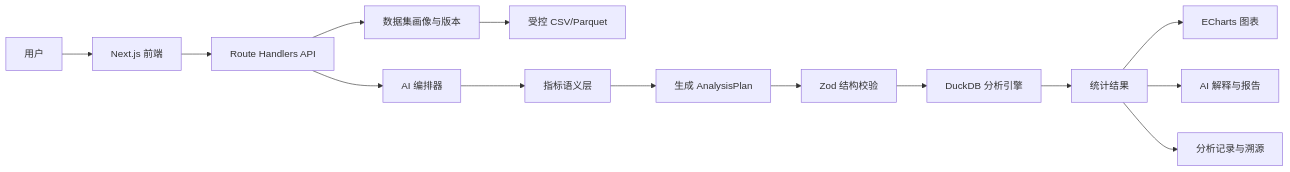
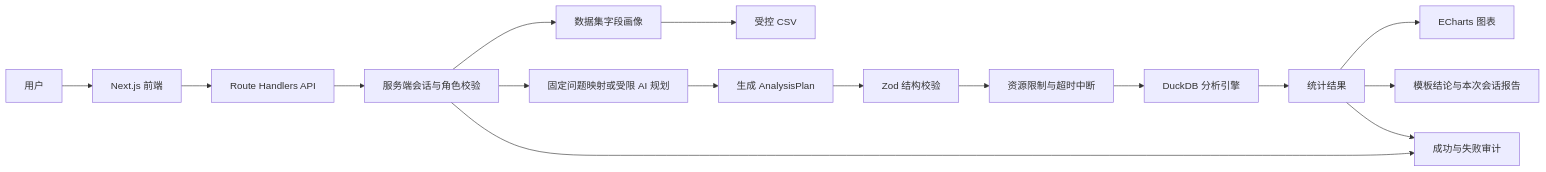
One commit to MaShaoGER/ai-student-analytics changed the diagram in AI学生数据分析系统开发路线图.md. Above: the diagram before and after it, drawn with Mermaid. The commit also changed other lines of this file and 39 other files, not shown here.

````diff
--- a/AI学生数据分析系统开发路线图.md
+++ b/AI学生数据分析系统开发路线图.md
@@ -148,16 +175,18 @@
 ```mermaid
 flowchart LR
     U[用户] --> W[Next.js 前端]
     W --> API[Route Handlers API]
-    API --> D[数据集画像与版本]
-    D --> F[受控 CSV/Parquet]
-    API --> A[AI 编排器]
-    A --> K[指标语义层]
-    K --> P[生成 AnalysisPlan]
+    API --> S[服务端会话与角色校验]
+    S --> D[数据集字段画像]
+    D --> F[受控 CSV]
+    S --> A[固定问题映射或受限 AI 规划]
+    A --> P[生成 AnalysisPlan]
     P --> V[Zod 结构校验]
-    V --> E[DuckDB 分析引擎]
+    V --> Q[资源限制与超时中断]
+    Q --> E[DuckDB 分析引擎]
     E --> R[统计结果]
     R --> C[ECharts 图表]
-    R --> N[AI 解释与报告]
-    R --> L[分析记录与溯源]
+    R --> N[模板结论与本次会话报告]
+    S --> L[成功与失败审计]
+    R --> L
 ```
````
